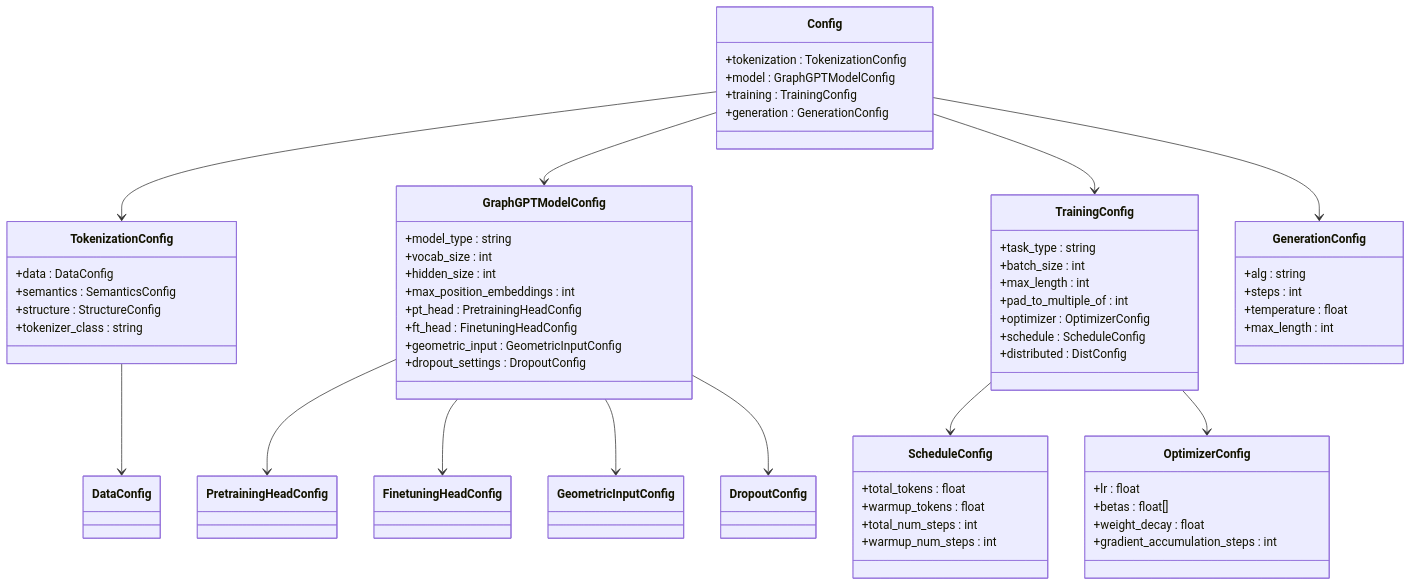
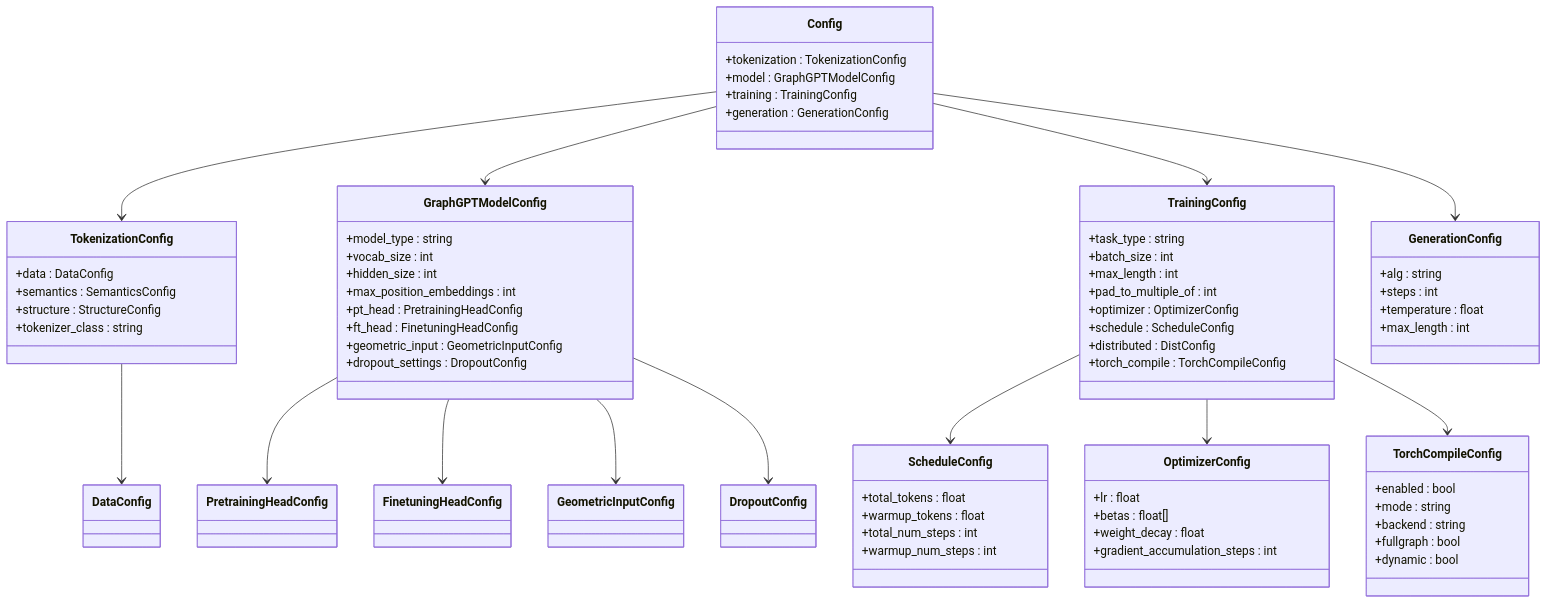
The third of 12 diagrams in .qoder/repowiki/en/content/Configuration System/Configuration System.md (alibaba/graph-gpt), drawn with Mermaid before and after one commit. The commit also changed other lines of this file and 2 other files, not shown here.

````diff
--- a/.qoder/repowiki/en/content/Configuration System/Configuration System.md
+++ b/.qoder/repowiki/en/content/Configuration System/Configuration System.md
@@ -173,63 +190,72 @@
 ```mermaid
 classDiagram
 class Config {
 +tokenization : TokenizationConfig
 +model : GraphGPTModelConfig
 +training : TrainingConfig
 +generation : GenerationConfig
 }
 class TrainingConfig {
 +task_type : string
 +batch_size : int
 +max_length : int
 +pad_to_multiple_of : int
 +optimizer : OptimizerConfig
 +schedule : ScheduleConfig
 +distributed : DistConfig
++torch_compile : TorchCompileConfig
+}
+class TorchCompileConfig {
++enabled : bool
++mode : string
++backend : string
++fullgraph : bool
++dynamic : bool
 }
 class ScheduleConfig {
 +total_tokens : float
 +warmup_tokens : float
 +total_num_steps : int
 +warmup_num_steps : int
 }
 class OptimizerConfig {
 +lr : float
 +betas : float[]
 +weight_decay : float
 +gradient_accumulation_steps : int
 }
 class TokenizationConfig {
 +data : DataConfig
 +semantics : SemanticsConfig
 +structure : StructureConfig
 +tokenizer_class : string
 }
 class GraphGPTModelConfig {
 +model_type : string
 +vocab_size : int
 +hidden_size : int
 +max_position_embeddings : int
 +pt_head : PretrainingHeadConfig
 +ft_head : FinetuningHeadConfig
 +geometric_input : GeometricInputConfig
 +dropout_settings : DropoutConfig
 }
 class GenerationConfig {
 +alg : string
 +steps : int
 +temperature : float
 +max_length : int
 }
 Config --> TokenizationConfig
 Config --> GraphGPTModelConfig
 Config --> TrainingConfig
 Config --> GenerationConfig
 TrainingConfig --> ScheduleConfig
 TrainingConfig --> OptimizerConfig
+TrainingConfig --> TorchCompileConfig
 TokenizationConfig --> DataConfig
 GraphGPTModelConfig --> PretrainingHeadConfig
 GraphGPTModelConfig --> FinetuningHeadConfig
 GraphGPTModelConfig --> GeometricInputConfig
 GraphGPTModelConfig --> DropoutConfig
 ```
````
